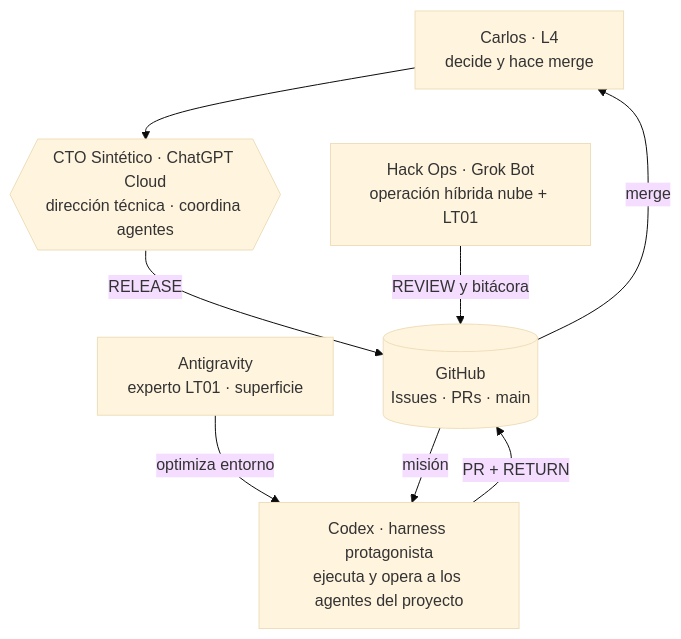
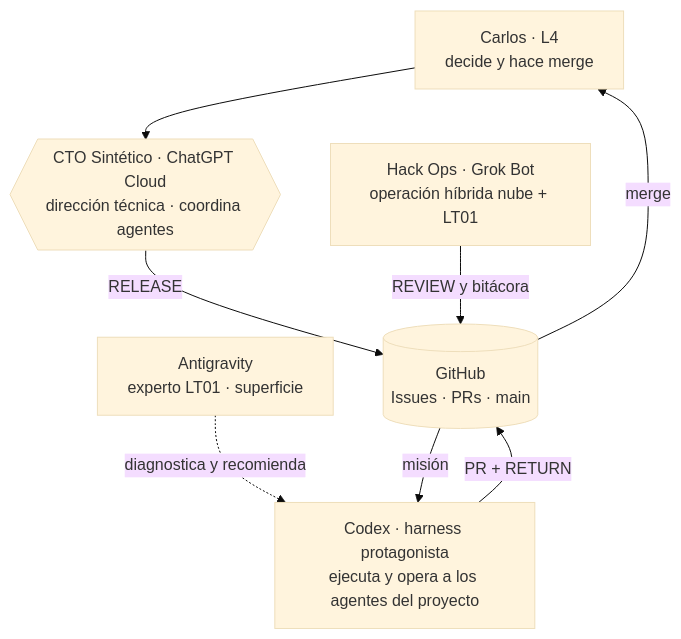
Before and after one commit to CarlosSoto92/scribe-recovery-openai: the diagram in docs/SQUAD.md, drawn with Mermaid (base theme). The commit also changed other lines of this file and 5 other files, not shown here.

````diff
--- a/docs/SQUAD.md
+++ b/docs/SQUAD.md
@@ -6,16 +6,16 @@
 ```mermaid
 flowchart TD
     L4["Carlos · L4<br/>decide y hace merge"]
     CTO{{"CTO Sintético · ChatGPT Cloud<br/>dirección técnica · coordina agentes"}}
     HO["Hack Ops · Grok Bot<br/>operación híbrida nube + LT01"]
     AG["Antigravity<br/>experto LT01 · superficie"]
     CX["Codex · harness protagonista<br/>ejecuta y opera a los agentes del proyecto"]
     GH[("GitHub<br/>Issues · PRs · main")]
     L4 --> CTO
     CTO -->|RELEASE| GH
     GH -->|misión| CX
     CX -->|PR + RETURN| GH
     HO -->|REVIEW y bitácora| GH
-    AG -->|optimiza entorno| CX
+    AG -.->|diagnostica y recomienda| CX
     GH -->|merge| L4
 ```
````
